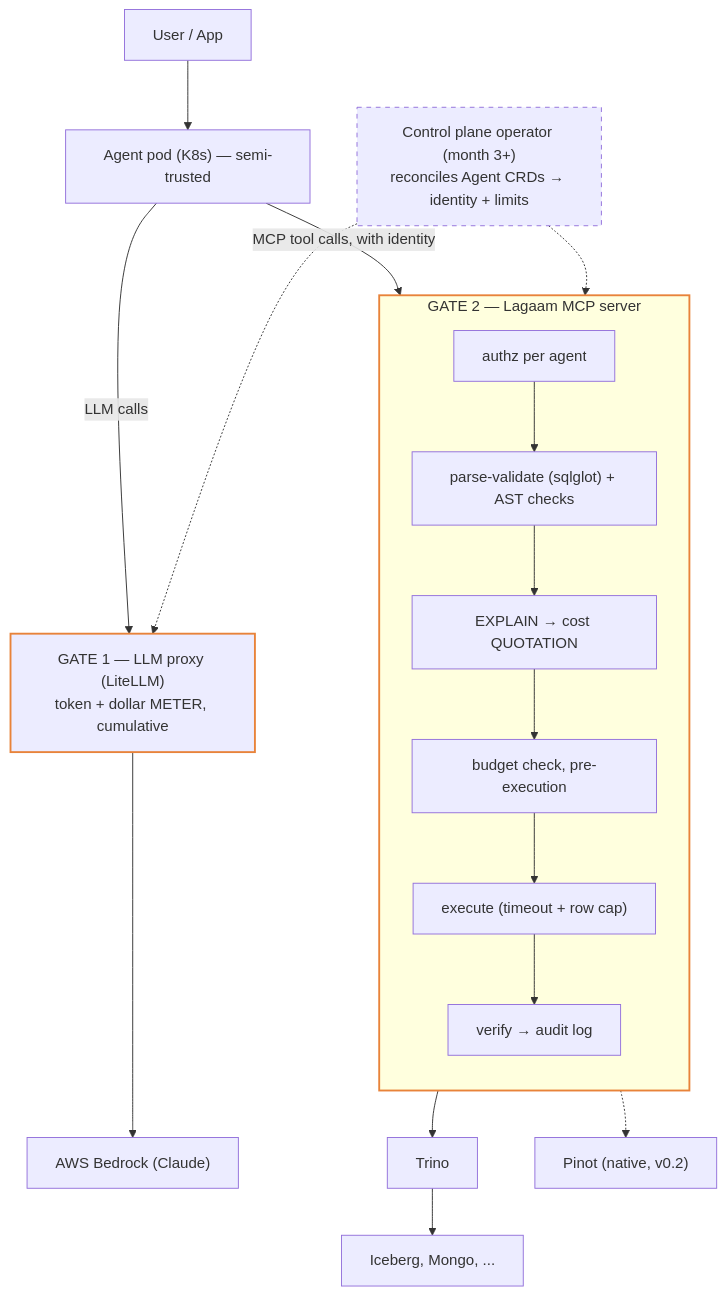
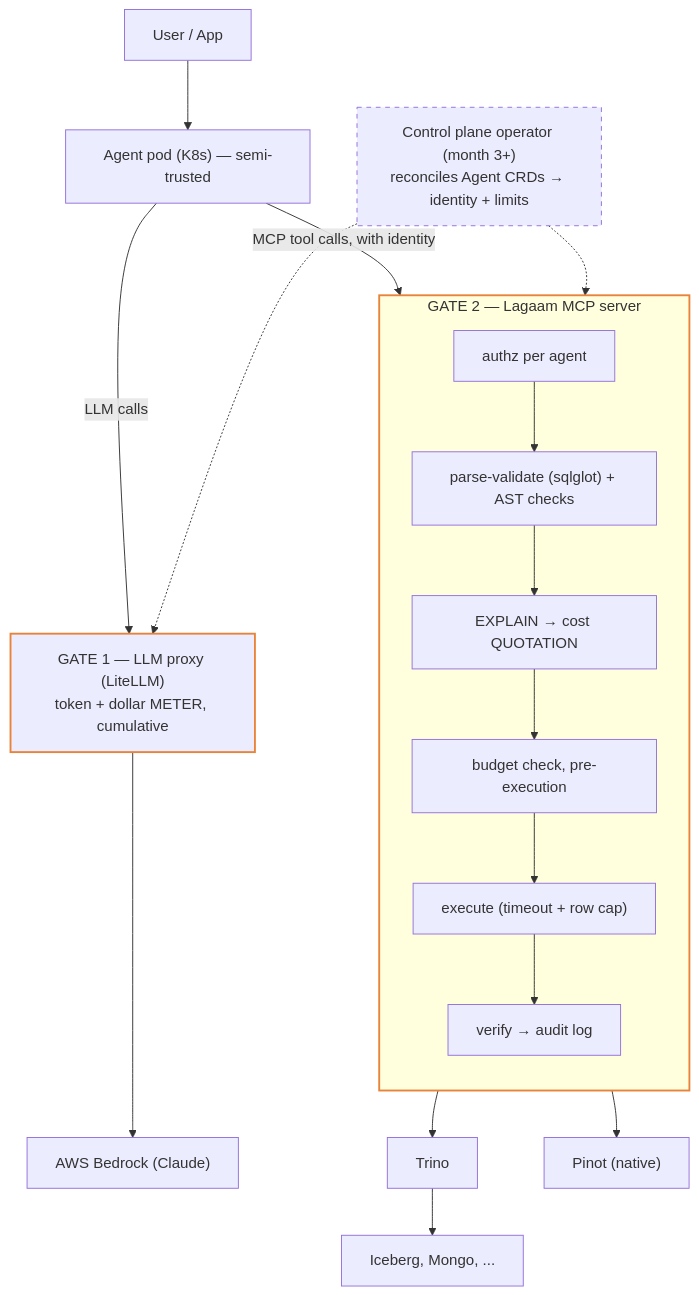
Before and after one commit to lagaam-ai/lagaam: the diagram in docs/architecture.md, drawn with Mermaid. The commit also changed other lines of this file and 3 other files, not shown here.

````diff
--- a/docs/architecture.md
+++ b/docs/architecture.md
@@ -5,27 +5,27 @@
 ```mermaid
 flowchart TB
     user["User / App"] --> pod["Agent pod (K8s) — semi-trusted"]
     pod -- "LLM calls" --> proxy["GATE 1 — LLM proxy (LiteLLM)<br/>token + dollar METER, cumulative"]
     proxy --> llm["AWS Bedrock (Claude)"]
     pod -- "MCP tool calls, with identity" --> authz
 
     subgraph lagaam ["GATE 2 — Lagaam MCP server"]
         direction TB
         authz["authz per agent"] --> parse["parse-validate (sqlglot) + AST checks"]
         parse --> quote["EXPLAIN → cost QUOTATION"]
         quote --> budget["budget check, pre-execution"]
         budget --> exec["execute (timeout + row cap)"]
         exec --> verify["verify → audit log"]
     end
 
     exec --> trino["Trino"]
-    exec -.-> pinot["Pinot (native, v0.2)"]
+    exec --> pinot["Pinot (native)"]
     trino --> storage["Iceberg, Mongo, ..."]
 
     operator["Control plane operator (month 3+)<br/>reconciles Agent CRDs → identity + limits"] -.-> proxy
     operator -.-> lagaam
 
     style lagaam stroke:#e8833a,stroke-width:2px
     style proxy stroke:#e8833a,stroke-width:2px
     style operator stroke-dasharray:5 5
 ```
````
